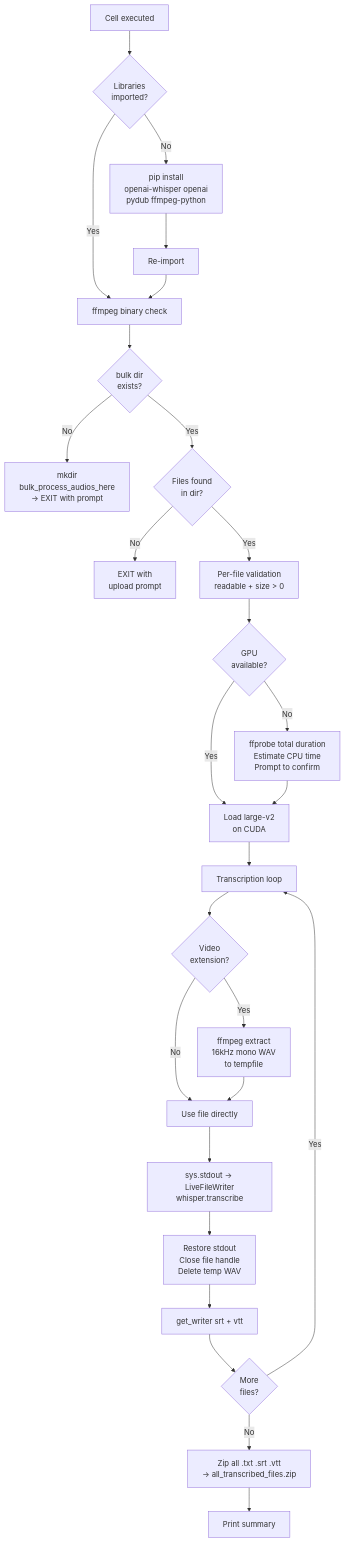
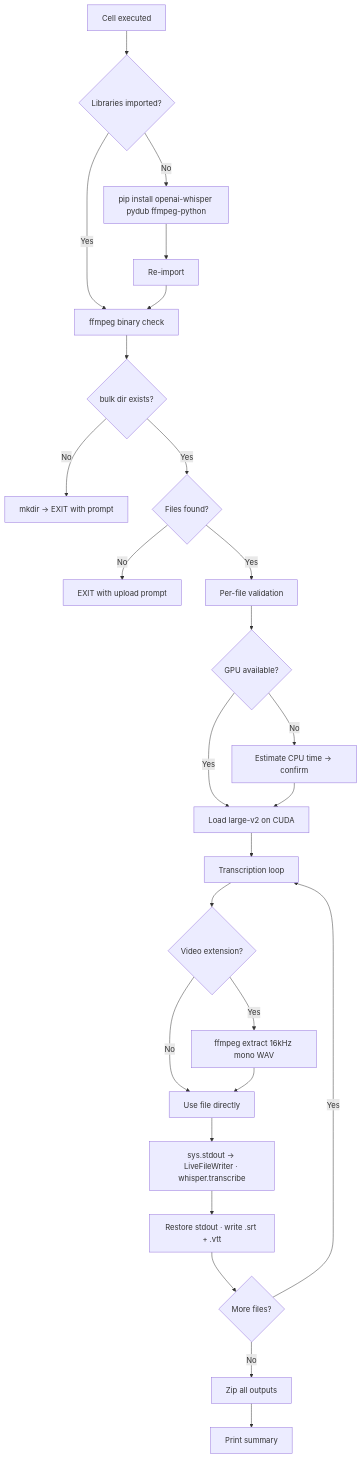
The diagram in README.md (lilhawkeye2002-ux/Whisper_Notebooks), drawn with Mermaid before and after one commit. The commit also changed other lines of this file, not shown here.

Commit message:
docs: regenerate README — all 4 notebooks, fix badge URLs, feature matrix

````diff
--- a/README.md
+++ b/README.md
@@ -193,29 +216,28 @@
 ```mermaid
 flowchart TD
-    A[Cell executed] --> B{Libraries\nimported?}
-    B -- No --> C[pip install\nopenai-whisper openai\npydub ffmpeg-python]
+    A[Cell executed] --> B{Libraries imported?}
+    B -- No --> C[pip install openai-whisper pydub ffmpeg-python]
     C --> D[Re-import]
     B -- Yes --> E[ffmpeg binary check]
     D --> E
-    E --> F{bulk dir\nexists?}
-    F -- No --> G[mkdir\nbulk_process_audios_here\n→ EXIT with prompt]
-    F -- Yes --> H{Files found\nin dir?}
-    H -- No --> I[EXIT with\nupload prompt]
-    H -- Yes --> J[Per-file validation\nreadable + size > 0]
-    J --> K{GPU\navailable?}
-    K -- No --> L[ffprobe total duration\nEstimate CPU time\nPrompt to confirm]
-    K -- Yes --> M[Load large-v2\non CUDA]
+    E --> F{bulk dir exists?}
+    F -- No --> G[mkdir → EXIT with prompt]
+    F -- Yes --> H{Files found?}
+    H -- No --> I[EXIT with upload prompt]
+    H -- Yes --> J[Per-file validation]
+    J --> K{GPU available?}
+    K -- No --> L[Estimate CPU time → confirm]
+    K -- Yes --> M[Load large-v2 on CUDA]
     L --> M
     M --> N[Transcription loop]
-    N --> O{Video\nextension?}
-    O -- Yes --> P[ffmpeg extract\n16kHz mono WAV\nto tempfile]
+    N --> O{Video extension?}
+    O -- Yes --> P[ffmpeg extract 16kHz mono WAV]
     O -- No --> Q[Use file directly]
     P --> Q
-    Q --> R[sys.stdout → LiveFileWriter\nwhisper.transcribe]
-    R --> S[Restore stdout\nClose file handle\nDelete temp WAV]
-    S --> T[get_writer srt + vtt]
-    T --> U{More\nfiles?}
-    U -- Yes --> N
-    U -- No --> V[Zip all .txt .srt .vtt\n→ all_transcribed_files.zip]
+    Q --> R[sys.stdout → LiveFileWriter · whisper.transcribe]
+    R --> S[Restore stdout · write .srt + .vtt]
+    S --> T{More files?}
+    T -- Yes --> N
+    T -- No --> V[Zip all outputs]
     V --> W[Print summary]
 ```
````
